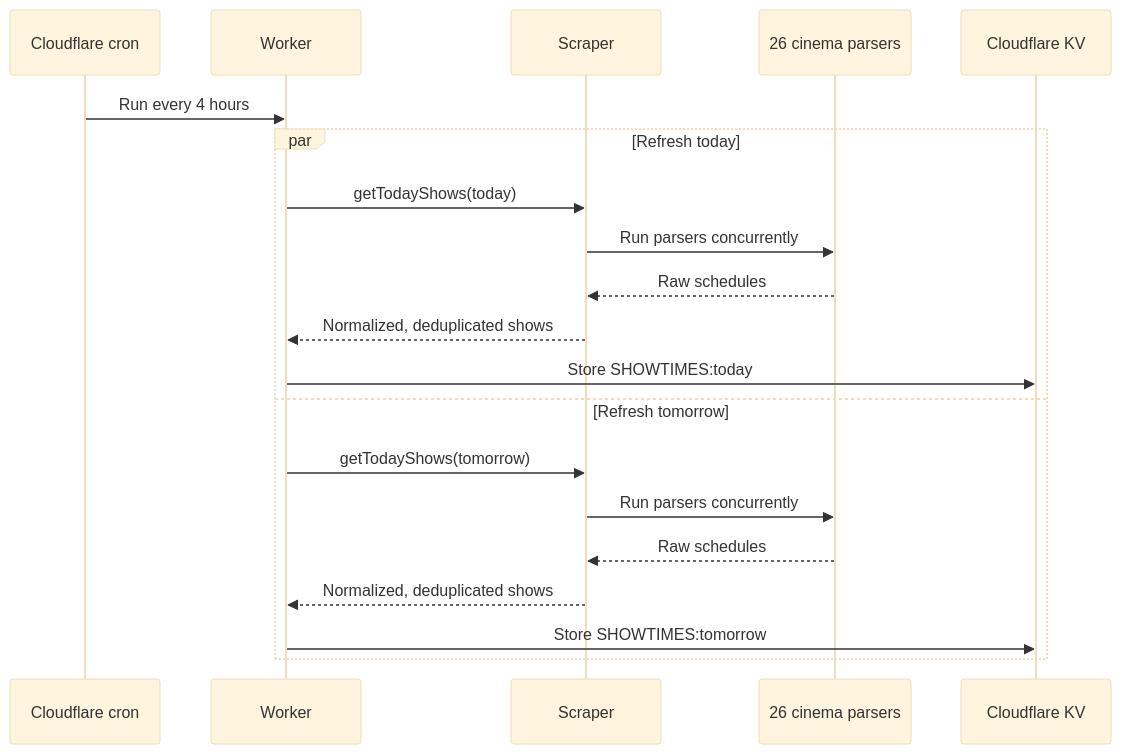
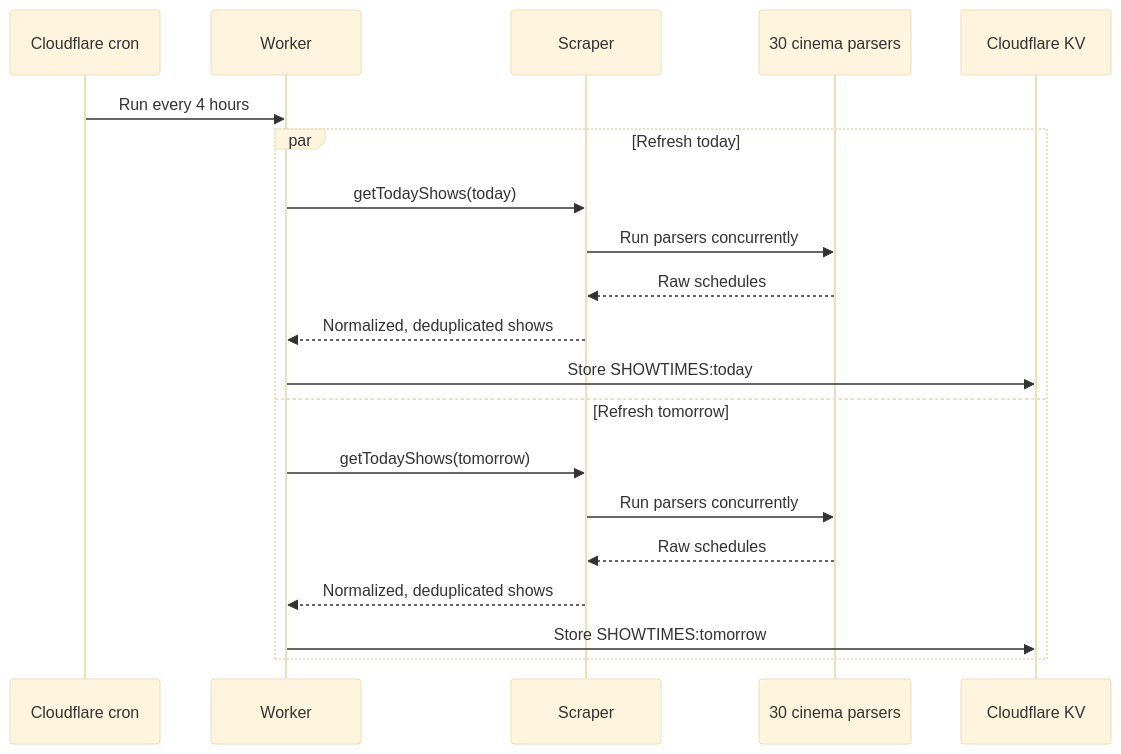
One commit to herol3oy/kinoradar changed the second of 2 diagrams in README.md. Above: the diagram before and after it, drawn with Mermaid (base theme). The commit also changed other lines of this file and 17 other files, not shown here.

````diff
--- a/README.md
+++ b/README.md
@@ -51,23 +69,23 @@
 ```mermaid
 sequenceDiagram
     participant C as Cloudflare cron
     participant W as Worker
     participant S as Scraper
-    participant P as 26 cinema parsers
+    participant P as 30 cinema parsers
     participant K as Cloudflare KV
 
     C->>W: Run every 4 hours
     par Refresh today
         W->>S: getTodayShows(today)
         S->>P: Run parsers concurrently
         P-->>S: Raw schedules
         S-->>W: Normalized, deduplicated shows
         W->>K: Store SHOWTIMES:today
     and Refresh tomorrow
         W->>S: getTodayShows(tomorrow)
         S->>P: Run parsers concurrently
         P-->>S: Raw schedules
         S-->>W: Normalized, deduplicated shows
         W->>K: Store SHOWTIMES:tomorrow
     end
 ```
````
